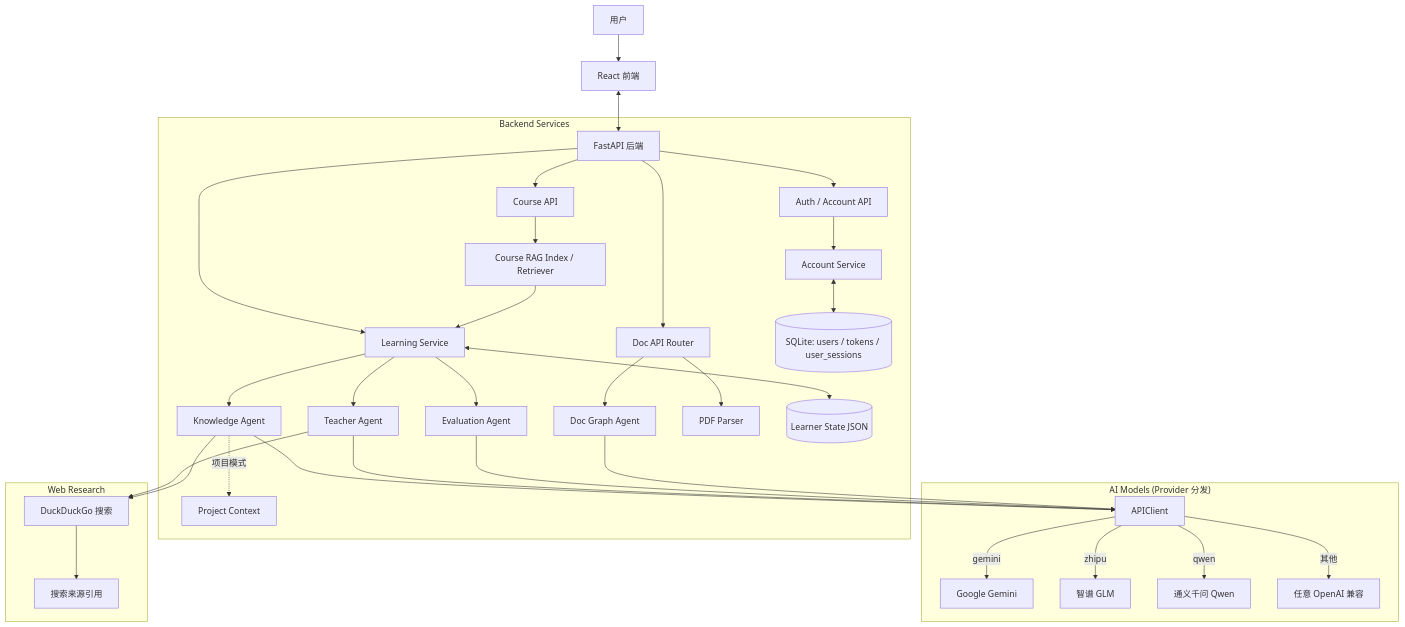
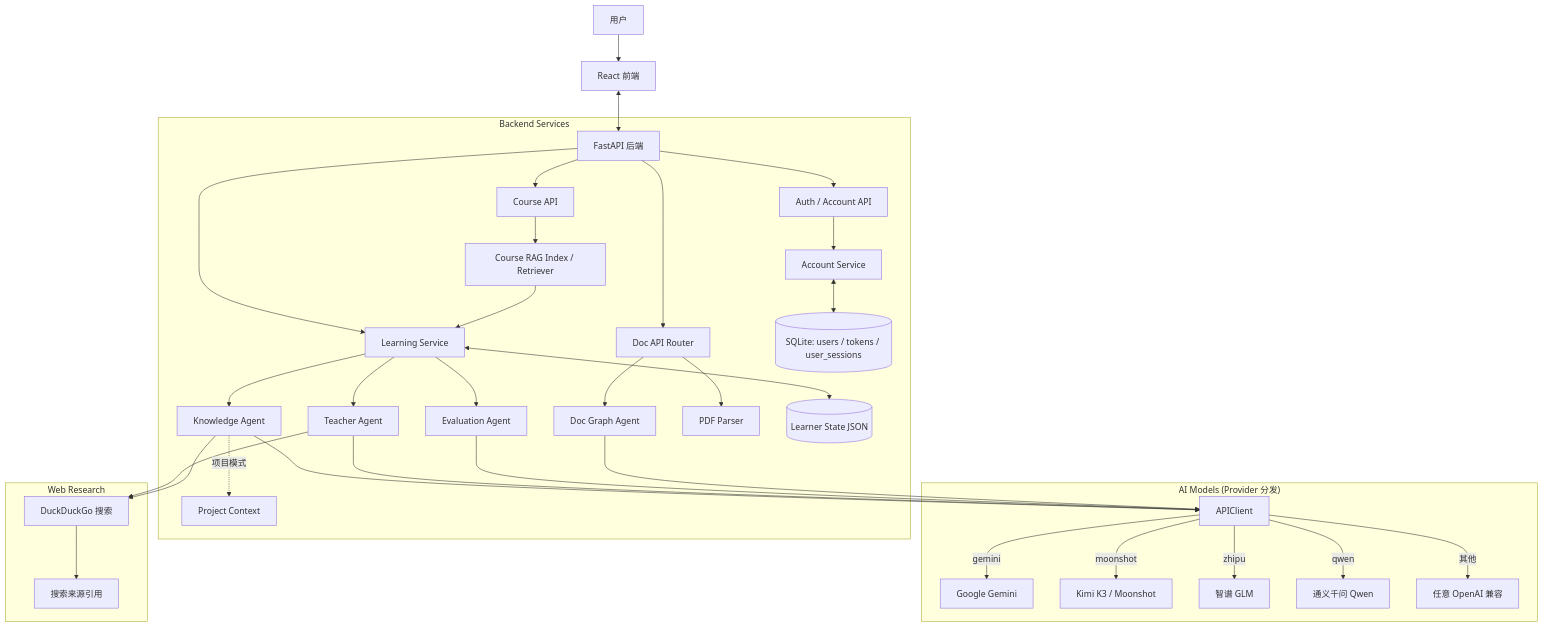
The diagram in README.md (dann2333/AstraMentor-v1), drawn with Mermaid before and after one commit. The commit also changed other lines of this file and 11 other files, not shown here.

First line of the commit message:
feat: 接入 Kimi K3 并为星图生成加实时进度显示

````diff
--- a/README.md
+++ b/README.md
@@ -151,40 +152,41 @@
 ```mermaid
 graph TD
     User[用户] --> Client[React 前端]
     Client <--> API[FastAPI 后端]
 
     subgraph "Backend Services"
         API --> Service[Learning Service]
         API --> CourseAPI[Course API]
         CourseAPI --> RAG[Course RAG Index / Retriever]
         RAG --> Service
         API --> DocAPI[Doc API Router]
         API --> AuthAPI[Auth / Account API]
         AuthAPI --> Accounts[Account Service]
         Accounts <--> SQLite[(SQLite: users / tokens / user_sessions)]
         Service --> KA[Knowledge Agent]
         Service --> TA[Teacher Agent]
         Service --> EA[Evaluation Agent]
         DocAPI --> DGA[Doc Graph Agent]
         DocAPI --> PDF[PDF Parser]
         Service <--> DB[(Learner State JSON)]
         KA -.->|项目模式| PJ[Project Context]
     end
 
     subgraph "AI Models (Provider 分发)"
         KA --> AC[APIClient]
         TA --> AC
         EA --> AC
         DGA --> AC
         AC -->|gemini| Gemini[Google Gemini]
+        AC -->|moonshot| Kimi[Kimi K3 / Moonshot]
         AC -->|zhipu| GLM[智谱 GLM]
         AC -->|qwen| Qwen[通义千问 Qwen]
         AC -->|其他| OAI[任意 OpenAI 兼容]
     end
 
     subgraph "Web Research"
         TA --> DDG[DuckDuckGo 搜索]
         KA --> DDG
         DDG --> Sources[搜索来源引用]
     end
 ```
````
